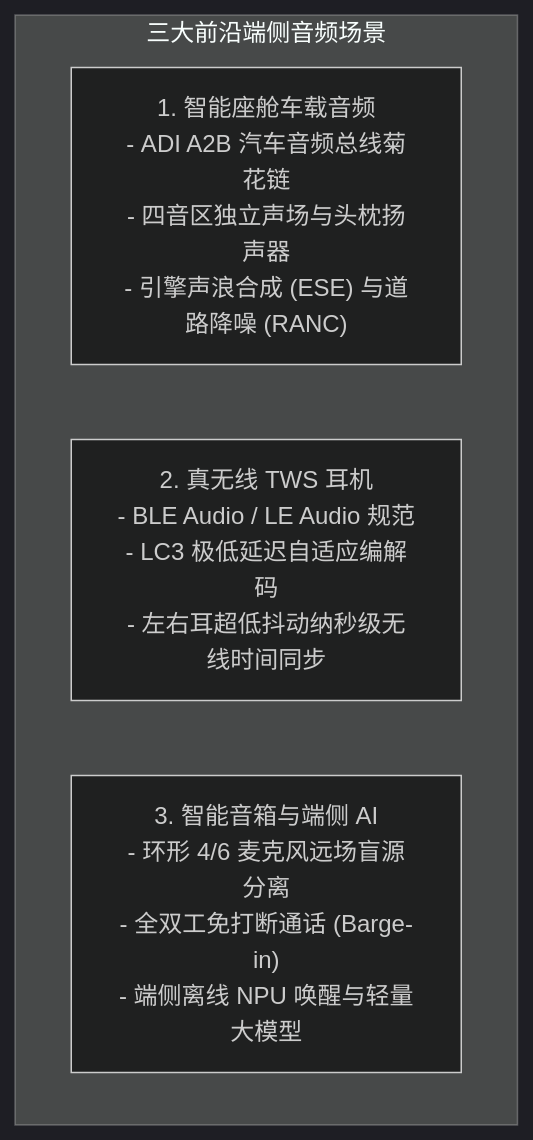
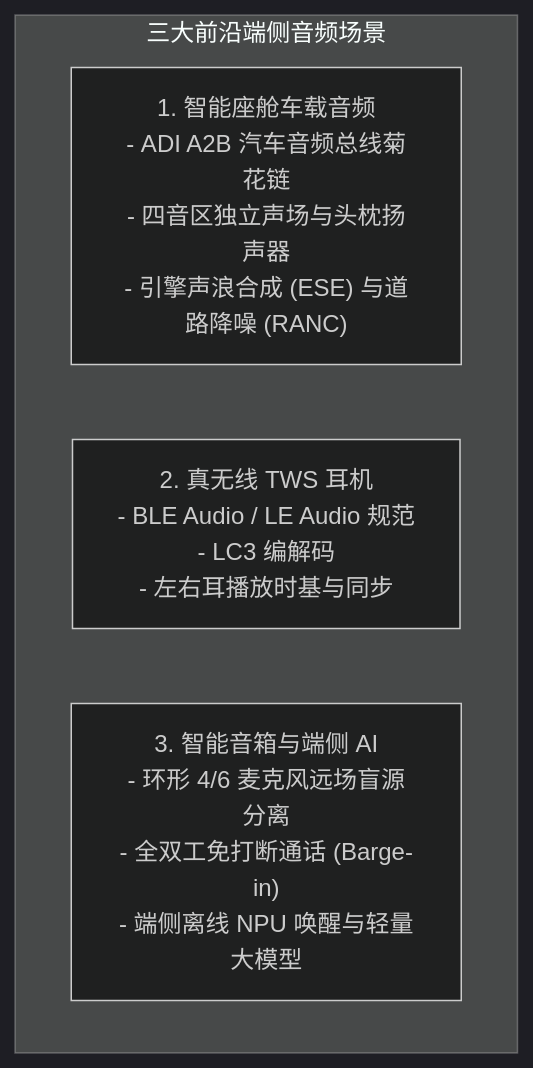
One commit to YvainZhang/YvainZhang.github.io changed the diagram in Audio/11-Edge-Automotive-Wearable-Systems/README.md. Above: the diagram before and after it, drawn with Mermaid (dark theme). The commit also changed other lines of this file and 190 other files, not shown here.

````diff
--- a/Audio/11-Edge-Automotive-Wearable-Systems/README.md
+++ b/Audio/11-Edge-Automotive-Wearable-Systems/README.md
@@ -12,8 +12,8 @@
 ```mermaid
 graph TD
     subgraph Three_Pillars["三大前沿端侧音频场景"]
         AUTO["1. 智能座舱车载音频<br/>- ADI A2B 汽车音频总线菊花链<br/>- 四音区独立声场与头枕扬声器<br/>- 引擎声浪合成 (ESE) 与道路降噪 (RANC)"]
-        TWS["2. 真无线 TWS 耳机<br/>- BLE Audio / LE Audio 规范<br/>- LC3 极低延迟自适应编解码<br/>- 左右耳超低抖动纳秒级无线时间同步"]
+        TWS["2. 真无线 TWS 耳机<br/>- BLE Audio / LE Audio 规范<br/>- LC3 编解码<br/>- 左右耳播放时基与同步"]
         SMART_SPK["3. 智能音箱与端侧 AI<br/>- 环形 4/6 麦克风远场盲源分离<br/>- 全双工免打断通话 (Barge-in)<br/>- 端侧离线 NPU 唤醒与轻量大模型"]
     end
 ```
````
